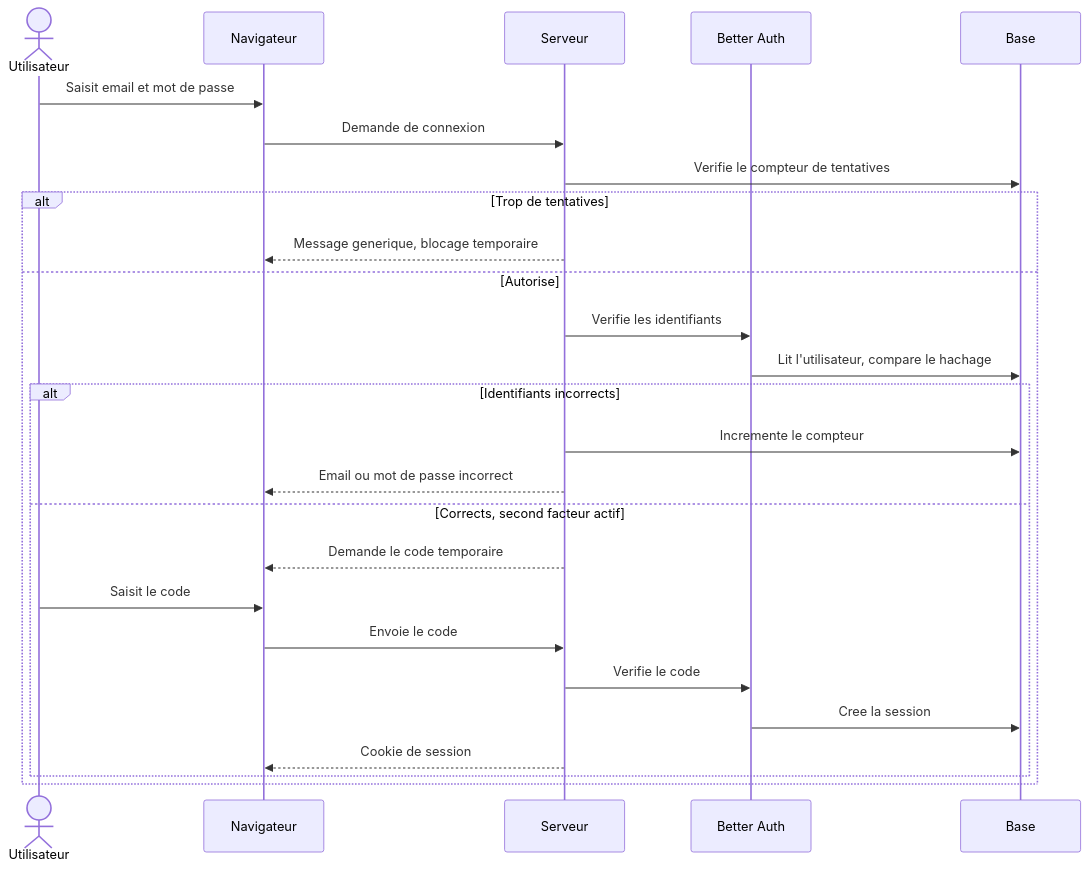
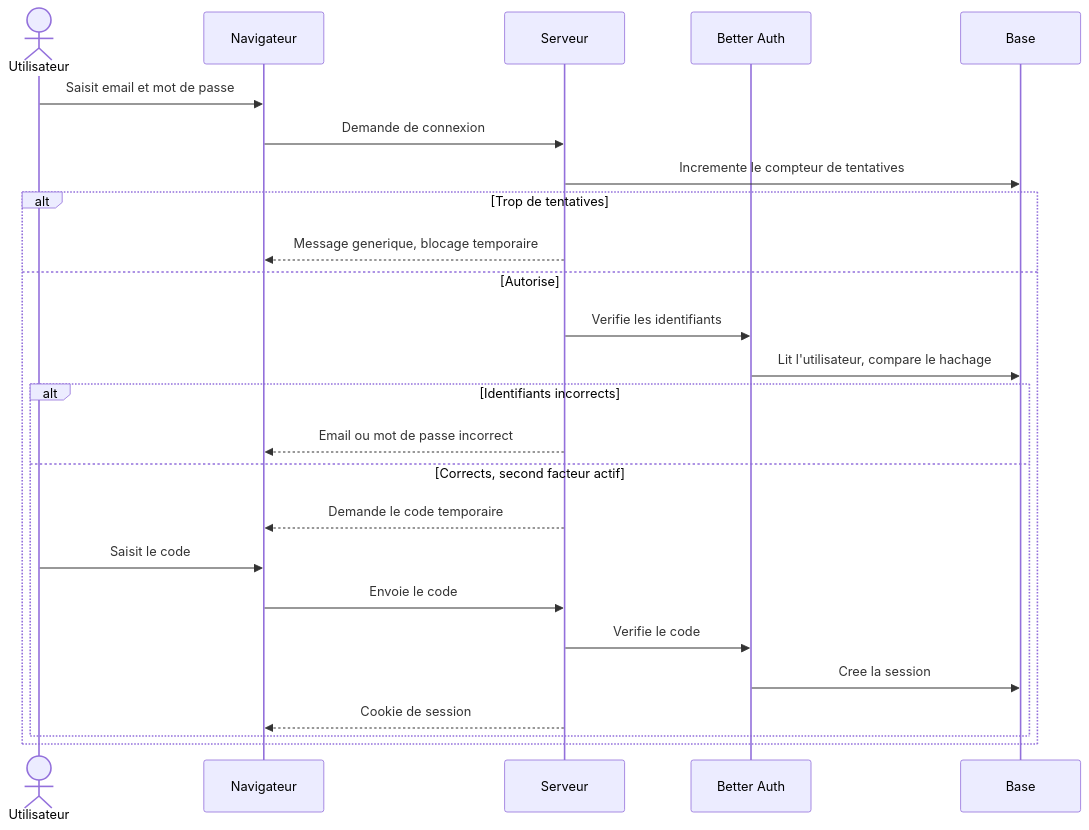
One commit to GnonhouaN01/facturation-pme changed the fifth of 10 diagrams in docs/DESIGN.md. Above: the diagram before and after it, drawn with Mermaid. The commit also changed other lines of this file and 41 other files, not shown here.

````diff
--- a/docs/DESIGN.md
+++ b/docs/DESIGN.md
@@ -459,29 +459,28 @@
 ```mermaid
 sequenceDiagram
     actor U as Utilisateur
     participant N as Navigateur
     participant S as Serveur
     participant A as Better Auth
     participant B as Base
 
     U->>N: Saisit email et mot de passe
     N->>S: Demande de connexion
-    S->>B: Verifie le compteur de tentatives
+    S->>B: Incremente le compteur de tentatives
     alt Trop de tentatives
         S-->>N: Message generique, blocage temporaire
     else Autorise
         S->>A: Verifie les identifiants
         A->>B: Lit l'utilisateur, compare le hachage
         alt Identifiants incorrects
-            S->>B: Incremente le compteur
             S-->>N: Email ou mot de passe incorrect
         else Corrects, second facteur actif
             S-->>N: Demande le code temporaire
             U->>N: Saisit le code
             N->>S: Envoie le code
             S->>A: Verifie le code
             A->>B: Cree la session
             S-->>N: Cookie de session
         end
     end
 ```
````
